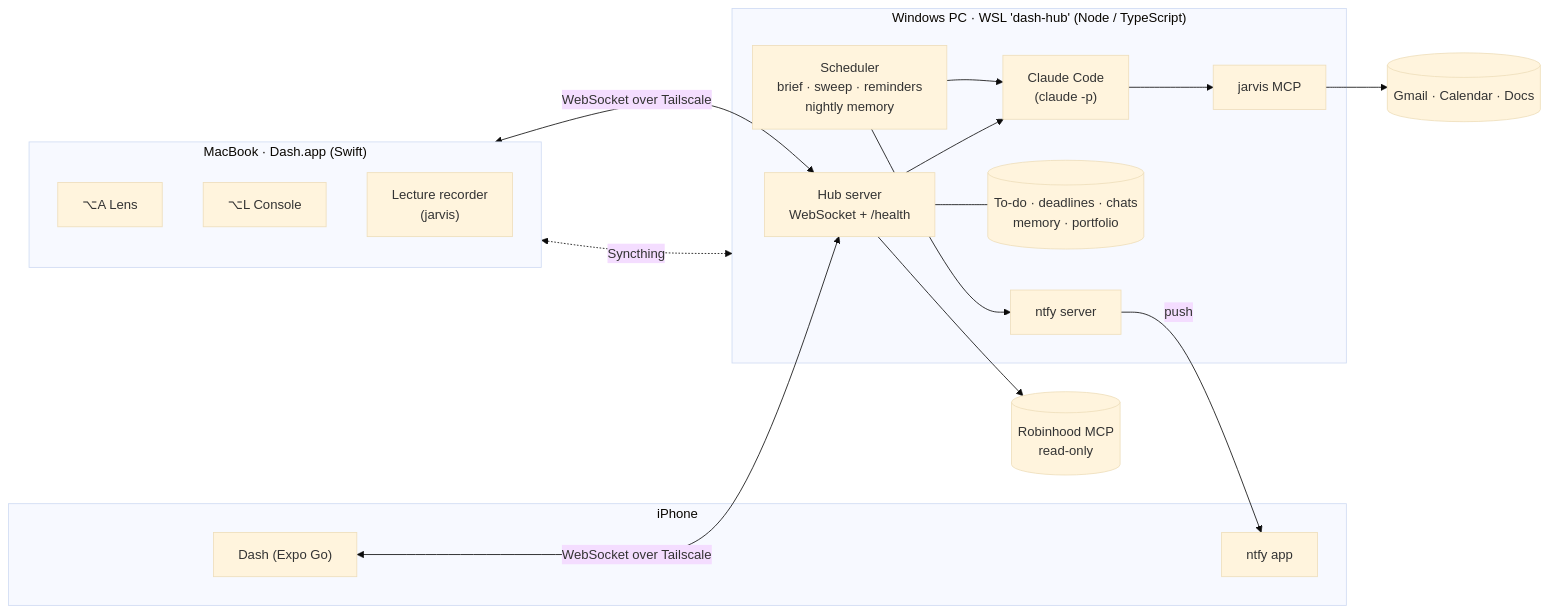
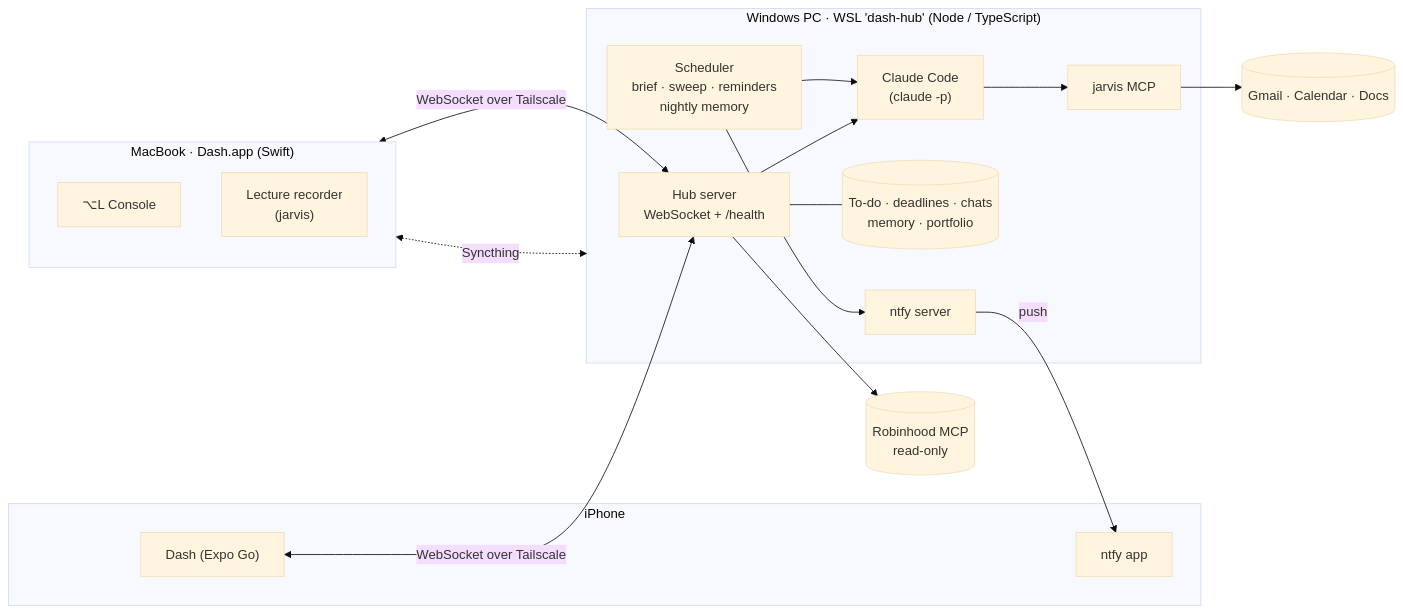
One commit to TripWagnerClaudeCode/dash changed the diagram in README.md. Above: the diagram before and after it, drawn with Mermaid (base theme). The commit also changed other lines of this file and 21 other files, not shown here.

````diff
--- a/README.md
+++ b/README.md
@@ -172,33 +165,32 @@
 ```mermaid
 flowchart LR
     subgraph Mac["MacBook · Dash.app (Swift)"]
-        Lens["⌥A Lens"]
         Console["⌥L Console"]
         Rec["Lecture recorder<br/>(jarvis)"]
     end
 
     subgraph Phone["iPhone"]
         App["Dash (Expo Go)"]
         Push["ntfy app"]
     end
 
     subgraph Hub["Windows PC · WSL 'dash-hub' (Node / TypeScript)"]
         Server["Hub server<br/>WebSocket + /health"]
         Claude["Claude Code<br/>(claude -p)"]
         Jarvis["jarvis MCP"]
         Data[("To-do · deadlines · chats<br/>memory · portfolio")]
         Jobs["Scheduler<br/>brief · sweep · reminders<br/>nightly memory"]
         Ntfy["ntfy server"]
     end
 
     Mac <-->|"WebSocket over Tailscale"| Server
     App <-->|"WebSocket over Tailscale"| Server
     Server --- Data
     Jobs --> Claude
     Server --> Claude
     Claude --> Jarvis
     Jarvis --> Google[("Gmail · Calendar · Docs")]
     Server --> RH[("Robinhood MCP<br/>read-only")]
     Jobs --> Ntfy -->|push| Push
     Mac <-.->|"Syncthing"| Hub
 ```
````
